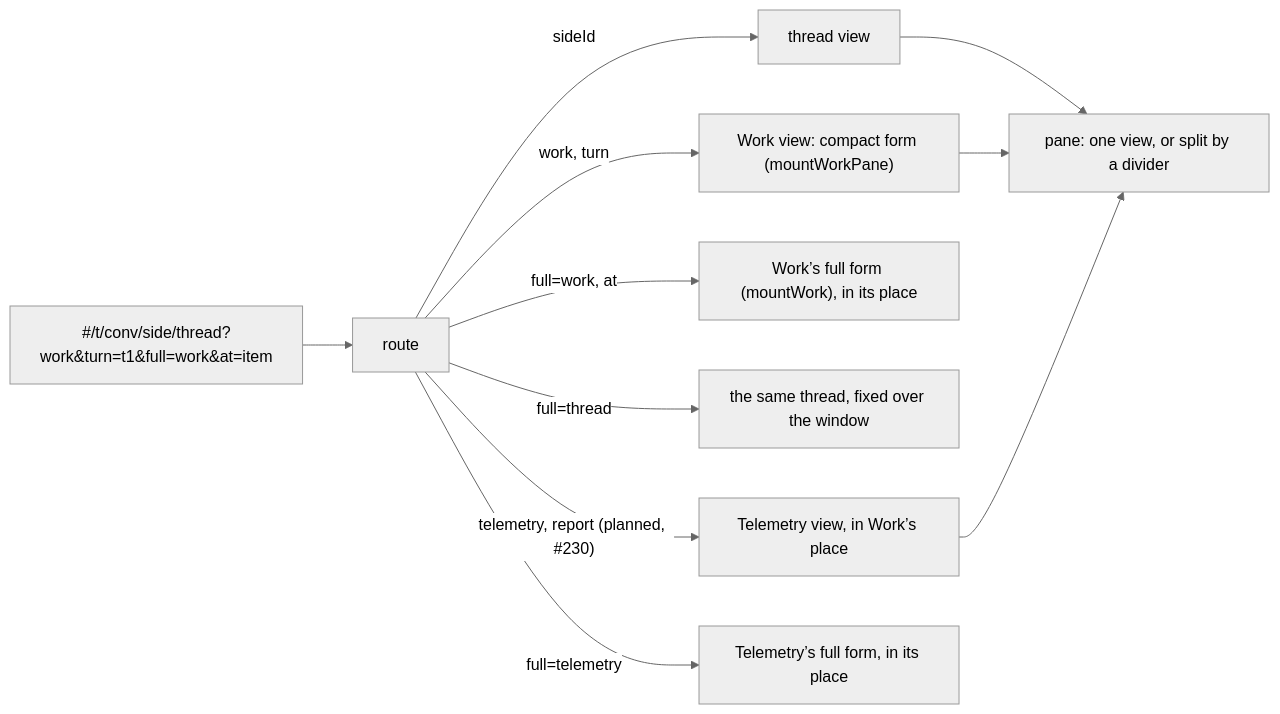
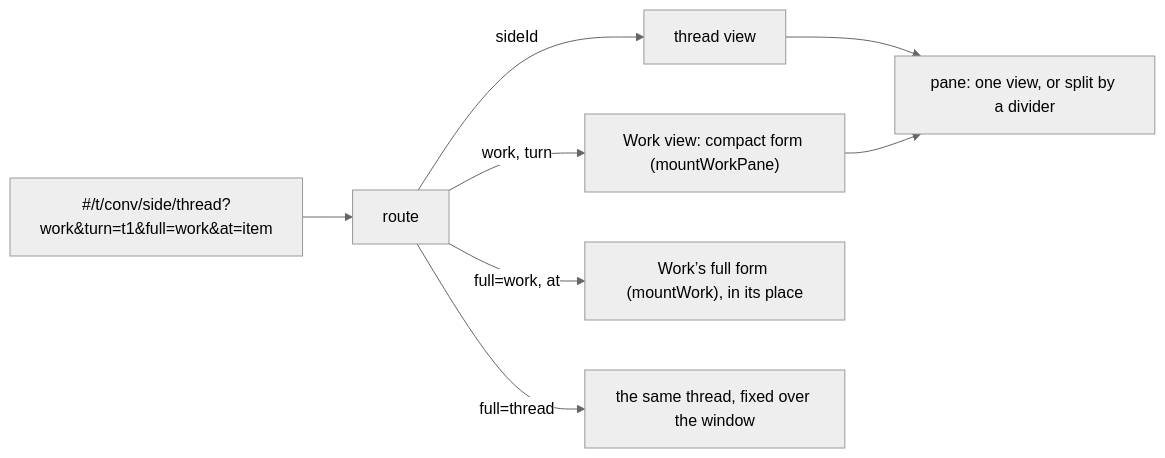
The eighth of 12 diagrams in designs/architecture.md (HJeon139/postbox), drawn with Mermaid (neutral theme) before and after one commit. The commit also changed other lines of this file and 4 other files, not shown here.

````diff
--- a/designs/architecture.md
+++ b/designs/architecture.md
@@ -462,11 +462,9 @@
 ```mermaid
 flowchart LR
   A["#/t/conv/side/thread?work&turn=t1&full=work&at=item"] --> R[route]
   R -->|sideId| T[thread view]
   R -->|work, turn| W["Work view: compact form (mountWorkPane)"]
   R -->|"full=work, at"| F["Work’s full form (mountWork), in its place"]
   R -->|full=thread| TF["the same thread, fixed over the window"]
-  R -->|"telemetry, report (planned, #230)"| TV["Telemetry view, in Work’s place"]
-  R -->|"full=telemetry"| TVF["Telemetry’s full form, in its place"]
-  T & W & TV --> P["pane: one view, or split by a divider"]
+  T & W --> P["pane: one view, or split by a divider"]
 ```
````
